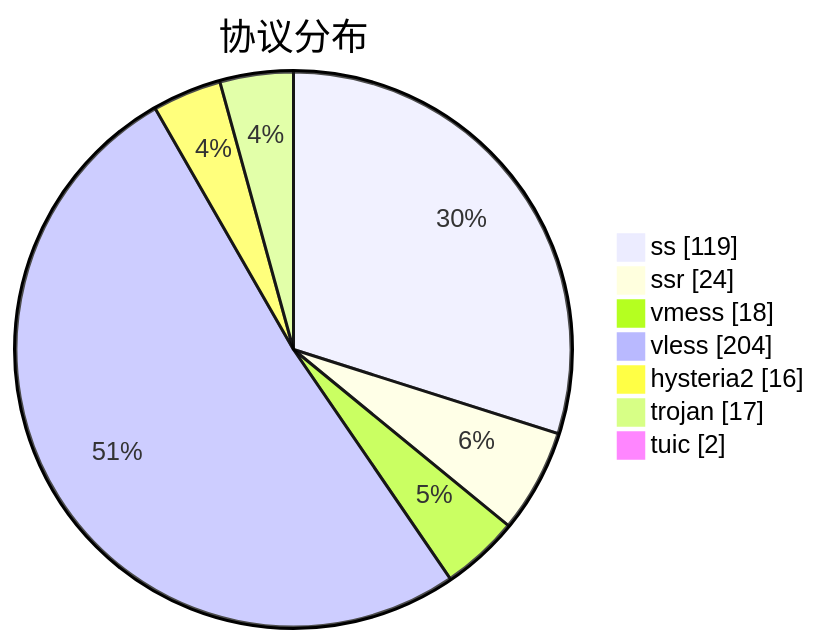
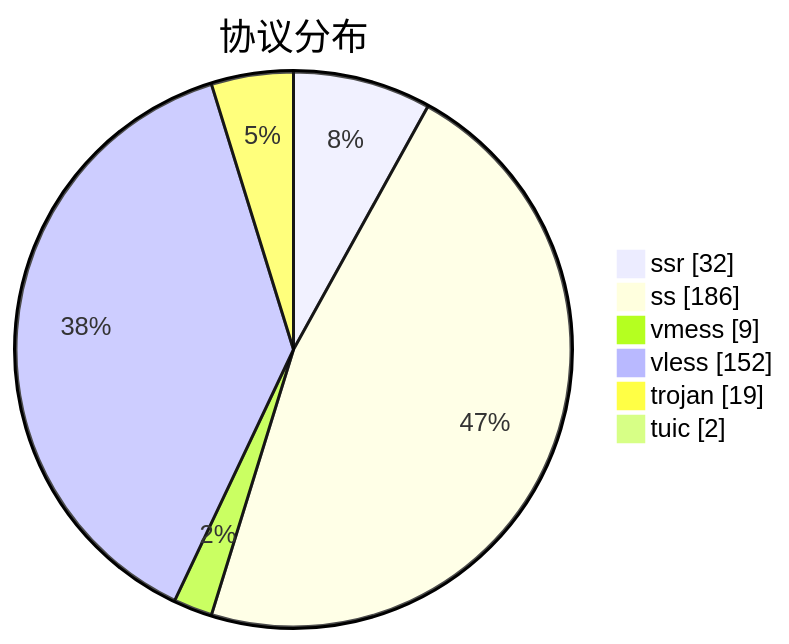
The third of 3 diagrams in subs/statistics/tested_within.md (qjlxg/airport), drawn with Mermaid before and after one commit. The commit also changed other lines of this file and 2 other files, not shown here.

````diff
--- a/subs/statistics/tested_within.md
+++ b/subs/statistics/tested_within.md
@@ -34,11 +33,10 @@
 ```mermaid
 pie showData
 title 协议分布
-"ss" : 119
-"ssr" : 24
-"vmess" : 18
-"vless" : 204
-"hysteria2" : 16
-"trojan" : 17
+"ssr" : 32
+"ss" : 186
+"vmess" : 9
+"vless" : 152
+"trojan" : 19
 "tuic" : 2
 ```
````
